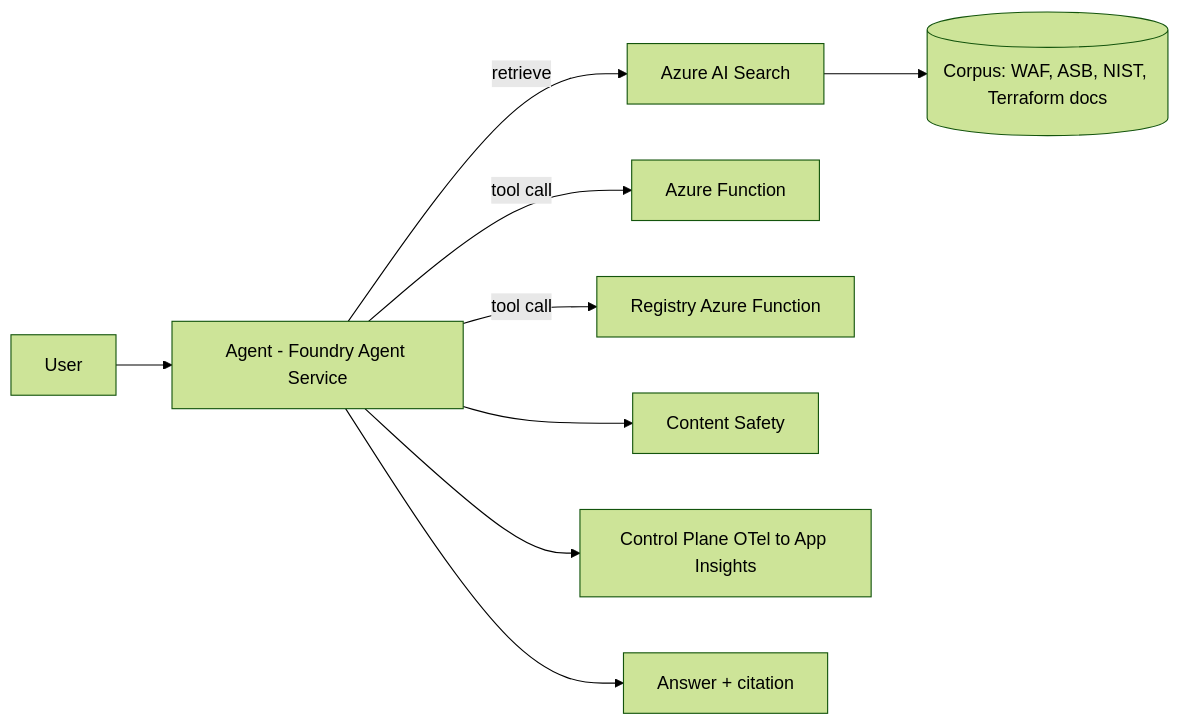
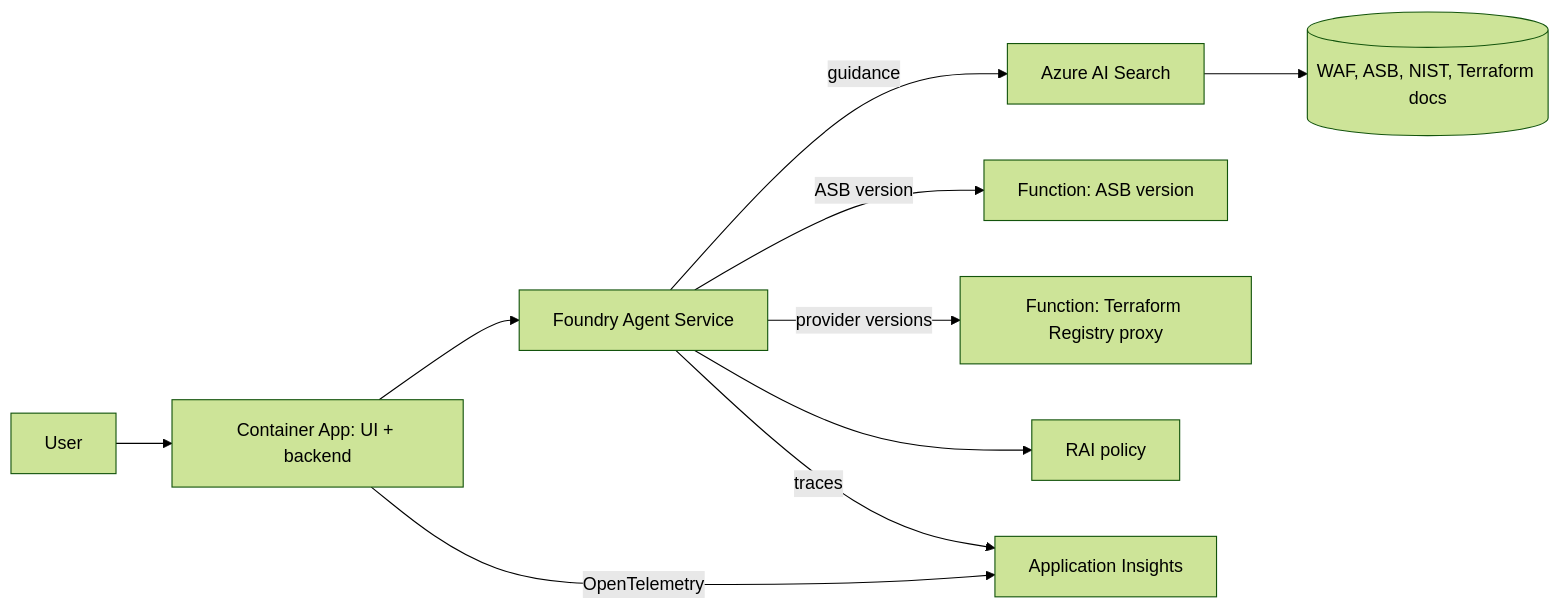
The diagram in docs/ARCHITECTURE.md (ecvanlare/cloud-standards-assistant), drawn with Mermaid (forest theme) before and after one commit. The commit also changed other lines of this file and 30 other files, not shown here.

````diff
--- a/docs/ARCHITECTURE.md
+++ b/docs/ARCHITECTURE.md
@@ -9,11 +5,12 @@
 ```mermaid
 flowchart LR
-    U[User] --> A[Agent - Foundry Agent Service]
-    A -->|retrieve| S[Azure AI Search]
-    A -->|tool call| T1[Azure Function]
-    A -->|tool call| T2[Registry Azure Function]
-    S --> C[(Corpus: WAF, ASB, NIST, Terraform docs)]
-    A --> CS[Content Safety]
-    A --> O[Control Plane OTel to App Insights]
-    A --> R[Answer + citation]
+  User --> App[Container App: UI + backend]
+  App --> Agent[Foundry Agent Service]
+  Agent -->|guidance| Search[Azure AI Search]
+  Agent -->|ASB version| FuncASB[Function: ASB version]
+  Agent -->|provider versions| FuncReg[Function: Terraform Registry proxy]
+  Search --> Corpus[(WAF, ASB, NIST, Terraform docs)]
+  Agent --> RAI[RAI policy]
+  App -->|OpenTelemetry| AppInsights[Application Insights]
+  Agent -->|traces| AppInsights
 ```
````
